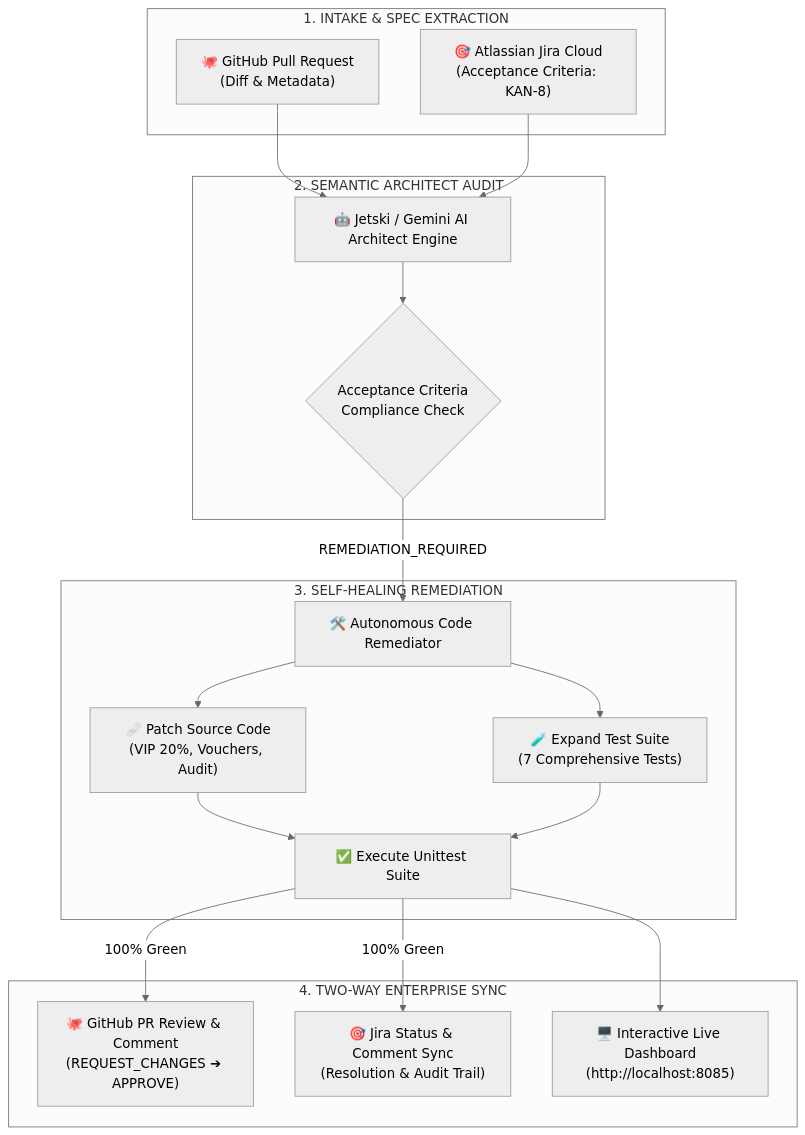
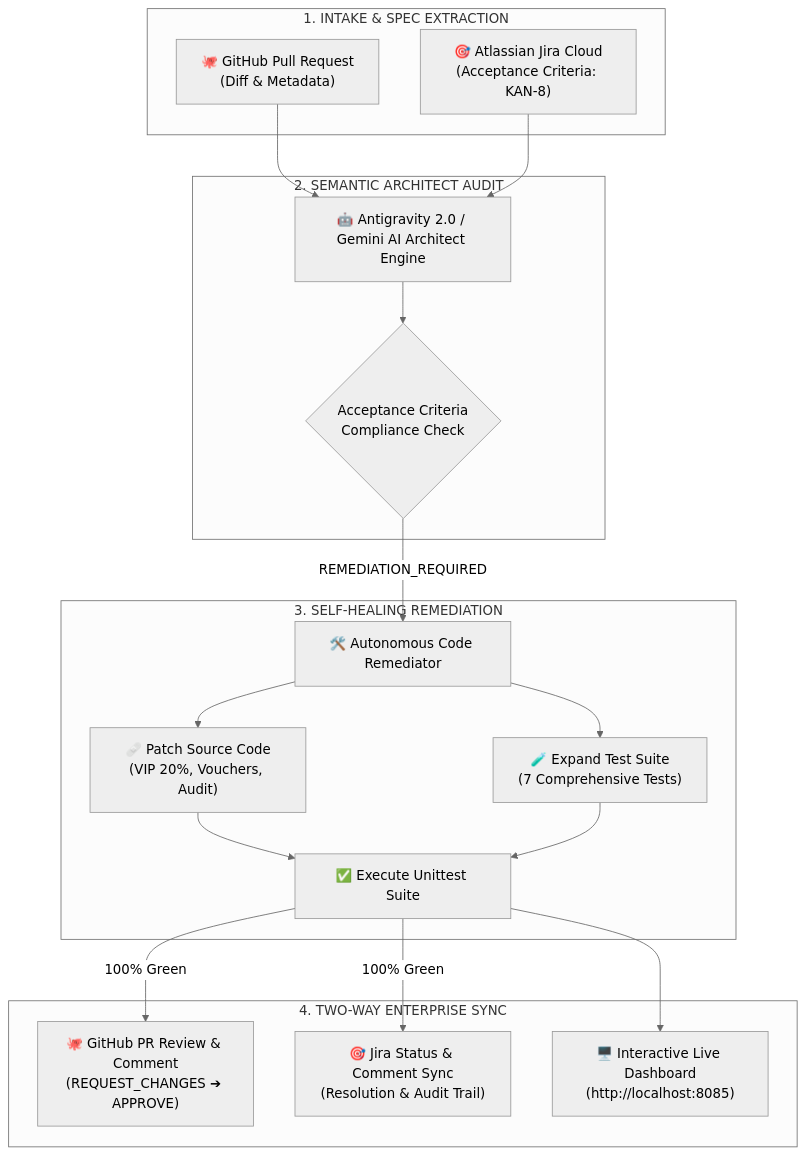
Before and after one commit to tuts2024/agy-demo: the diagram in README.md, drawn with Mermaid (neutral theme). The commit also changed other lines of this file and 14 other files, not shown here.

Commit message:
chore: replace all branding and references from jetski to Antigravity 2.0

````diff
--- a/README.md
+++ b/README.md
@@ -30,37 +30,37 @@
 ```mermaid
 flowchart TD
     subgraph S1["1. INTAKE & SPEC EXTRACTION"]
         PR["🐙 GitHub Pull Request\n(Diff & Metadata)"]
         JIRA["🎯 Atlassian Jira Cloud\n(Acceptance Criteria: KAN-8)"]
     end
 
     subgraph S2["2. SEMANTIC ARCHITECT AUDIT"]
-        ENG["🤖 Jetski / Gemini AI Architect Engine"]
+        ENG["🤖 Antigravity 2.0 / Gemini AI Architect Engine"]
         AC_CHECK{"Acceptance Criteria\nCompliance Check"}
     end
 
     subgraph S3["3. SELF-HEALING REMEDIATION"]
         REMED["🛠️ Autonomous Code Remediator"]
         SRC_PATCH["🩹 Patch Source Code\n(VIP 20%, Vouchers, Audit)"]
         TEST_EXP["🧪 Expand Test Suite\n(7 Comprehensive Tests)"]
         TEST_RUN["✅ Execute Unittest Suite"]
     end
 
     subgraph S4["4. TWO-WAY ENTERPRISE SYNC"]
         GH_SYNC["🐙 GitHub PR Review & Comment\n(REQUEST_CHANGES ➔ APPROVE)"]
         JIRA_SYNC["🎯 Jira Status & Comment Sync\n(Resolution & Audit Trail)"]
         DASH["🖥️ Interactive Live Dashboard\n(http://localhost:8085)"]
     end
 
     PR --> ENG
     JIRA --> ENG
     ENG --> AC_CHECK
     AC_CHECK -- "REMEDIATION_REQUIRED" --> REMED
     REMED --> SRC_PATCH
     REMED --> TEST_EXP
     SRC_PATCH --> TEST_RUN
     TEST_EXP --> TEST_RUN
     TEST_RUN -- "100% Green" --> GH_SYNC
     TEST_RUN -- "100% Green" --> JIRA_SYNC
     TEST_RUN --> DASH
 ```
````
